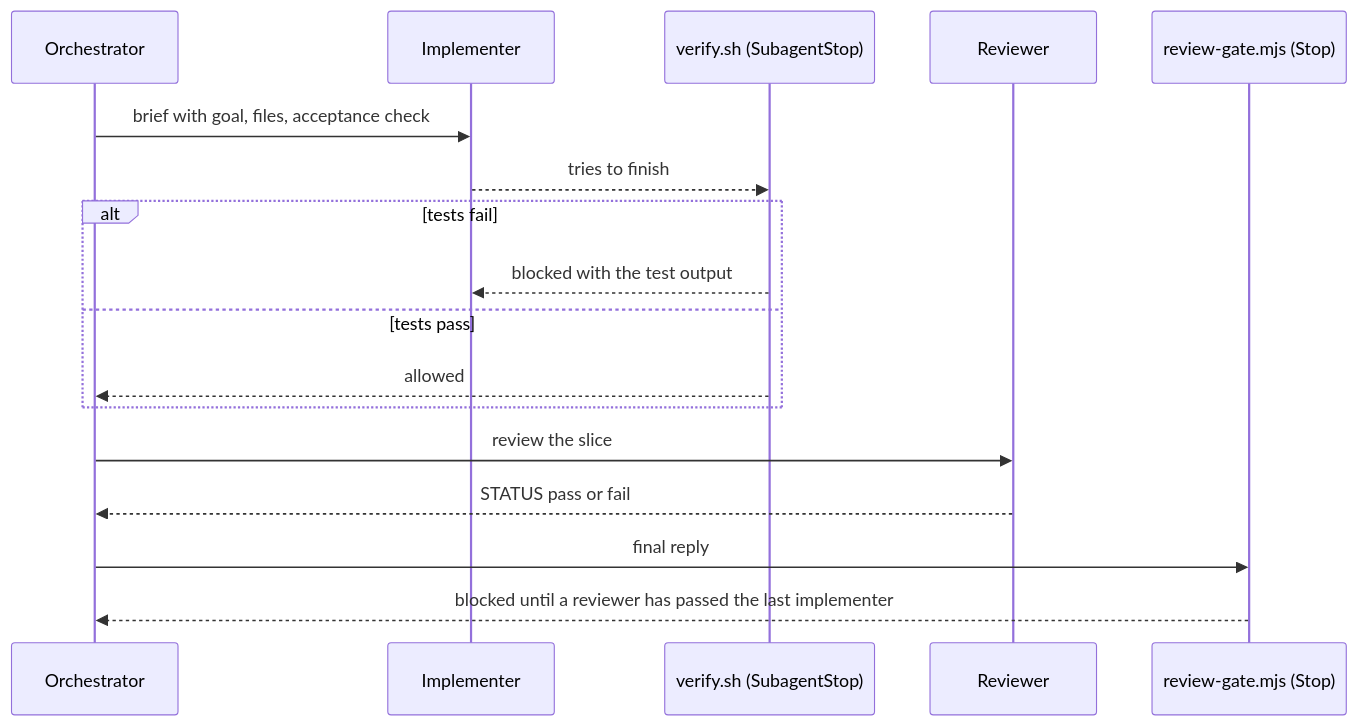
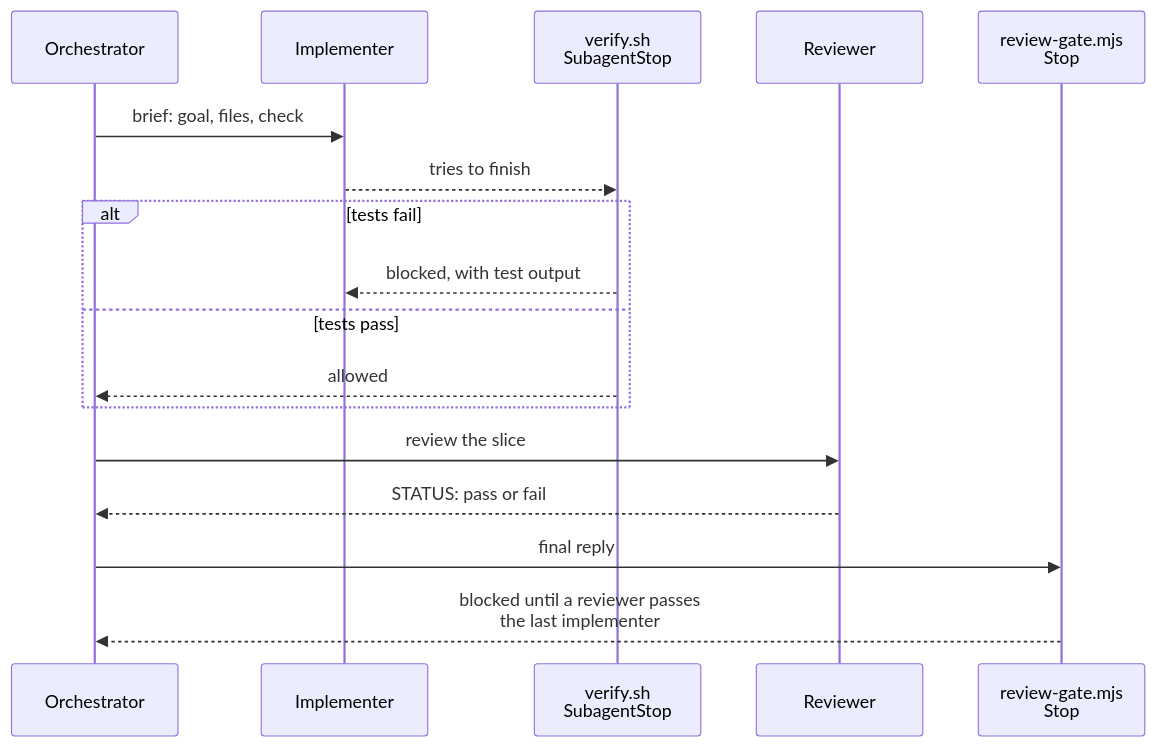
One commit to 0xcvaliente/claude-code-orchestration changed the fifth of 5 diagrams in README.md. Above: the diagram before and after it, drawn with Mermaid. The commit also changed other lines of this file, not shown here.

First line of the commit message:
README: redraw diagrams so they align and stop overflowing

````diff
--- a/README.md
+++ b/README.md
@@ -198,19 +211,19 @@
 ```mermaid
 sequenceDiagram
     participant O as Orchestrator
     participant I as Implementer
-    participant V as verify.sh (SubagentStop)
+    participant V as verify.sh<br/>SubagentStop
     participant R as Reviewer
-    participant G as review-gate.mjs (Stop)
-    O->>I: brief with goal, files, acceptance check
+    participant G as review-gate.mjs<br/>Stop
+    O->>I: brief: goal, files, check
     I-->>V: tries to finish
     alt tests fail
-        V-->>I: blocked with the test output
+        V-->>I: blocked, with test output
     else tests pass
         V-->>O: allowed
     end
     O->>R: review the slice
-    R-->>O: STATUS pass or fail
+    R-->>O: STATUS: pass or fail
     O->>G: final reply
-    G-->>O: blocked until a reviewer has passed the last implementer
+    G-->>O: blocked until a reviewer passes<br/>the last implementer
 ```
````
